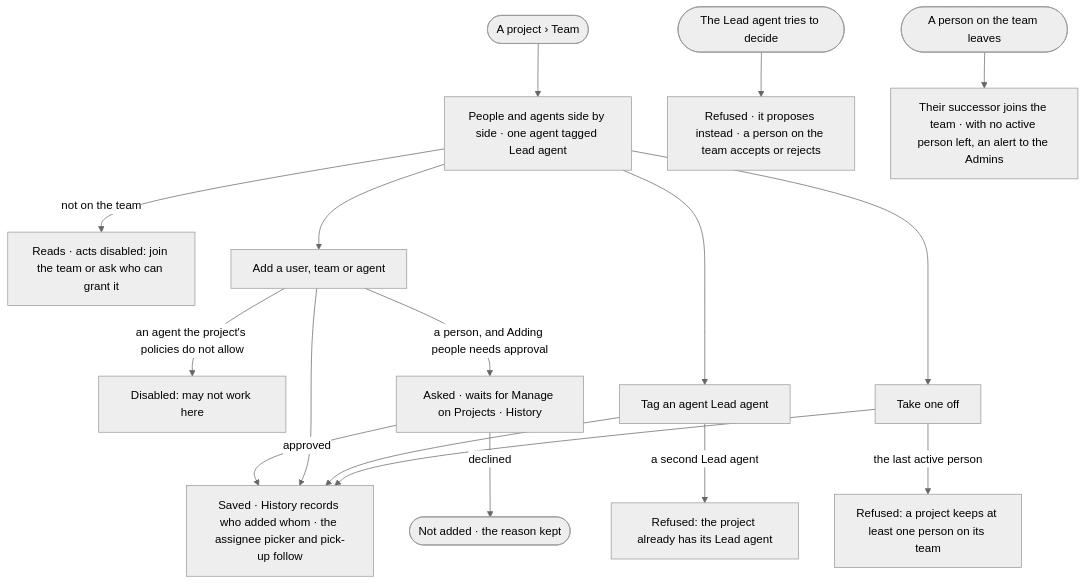
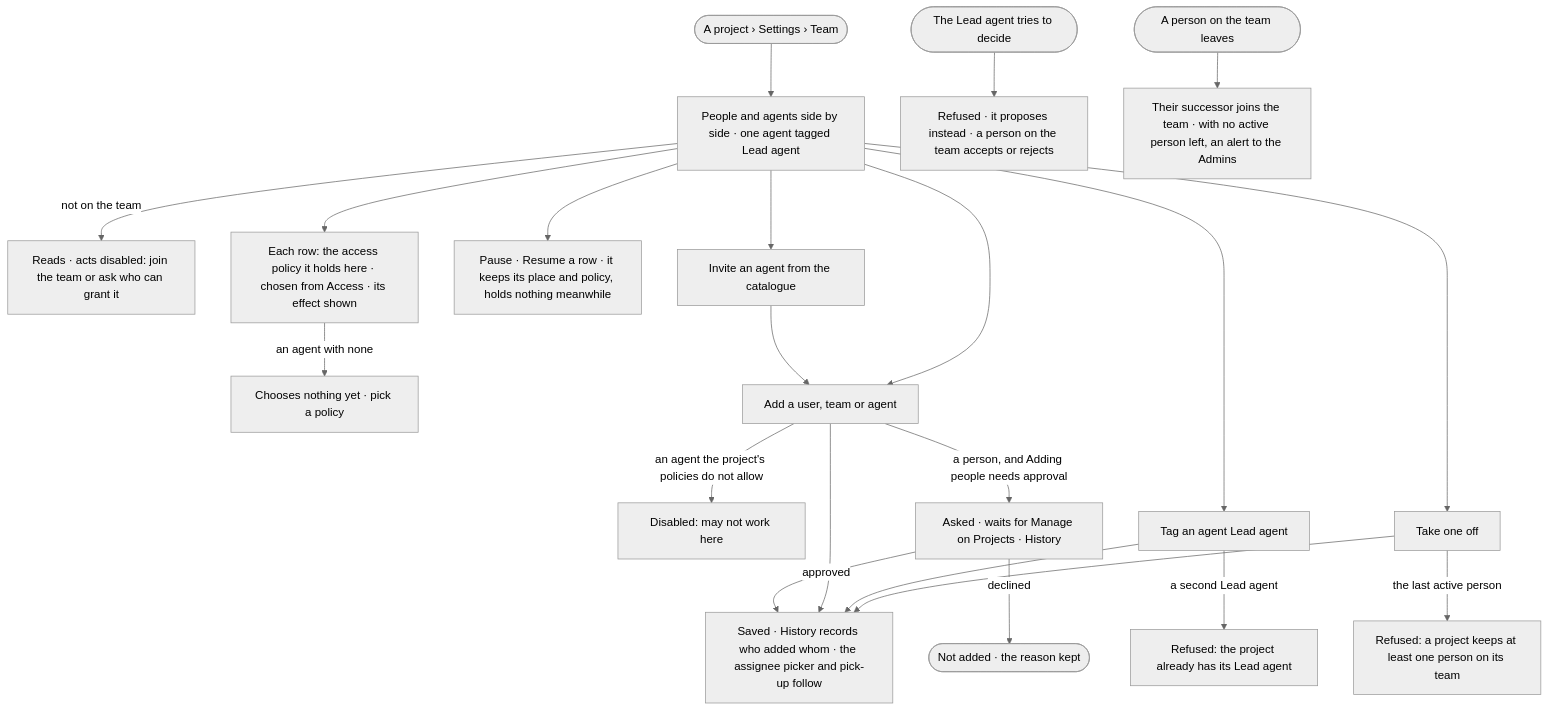
Before and after one commit to invana/invana: the diagram in specs/capabilities/projects/features/PJ-F01-projects-and-tasks/stories/PJ-22-set-the-project-team-and-its-lead-agent/story.md, drawn with Mermaid (neutral theme). The commit also changed other lines of this file and 6 other files, not shown here.

Commit message:
wip(platform-design-2): P04 · step 2 — create-project in five steps, connect mode, map-led page, inquiry tree, team access

````diff
--- a/specs/capabilities/projects/features/PJ-F01-projects-and-tasks/stories/PJ-22-set-the-project-team-and-its-lead-agent/story.md
+++ b/specs/capabilities/projects/features/PJ-F01-projects-and-tasks/stories/PJ-22-set-the-project-team-and-its-lead-agent/story.md
@@ -30,19 +30,23 @@
 ```mermaid
 flowchart TD
-  s([A project › Team]) --> p["People and agents side by side · one agent tagged Lead agent"]
+  s([A project › Settings › Team]) --> p["People and agents side by side · one agent tagged Lead agent"]
   p -->|not on the team| na["Reads · acts disabled: join the team or ask who can grant it"]
+  p --> pol["Each row: the access policy it holds here · chosen from Access · its effect shown"]
+  pol -->|an agent with none| nopol["Chooses nothing yet · pick a policy"]
+  p --> pause["Pause · Resume a row · it keeps its place and policy, holds nothing meanwhile"]
+  p --> inv["Invite an agent from the catalogue"] --> add
   p --> add["Add a user, team or agent"]
   add -->|an agent the project's policies do not allow| ng["Disabled: may not work here"]
   add -->|a person, and Adding people needs approval| apr["Asked · waits for Manage on Projects · History"]
   apr -->|approved| ok
   apr -->|declined| dec(["Not added · the reason kept"])
   add --> ok["Saved · History records who added whom · the assignee picker and pick-up follow"]
   p --> lead["Tag an agent Lead agent"]
   lead -->|a second Lead agent| two["Refused: the project already has its Lead agent"]
   lead --> ok
   p --> off["Take one off"]
   off -->|the last active person| last["Refused: a project keeps at least one person on its team"]
   off --> ok
   ag([The Lead agent tries to decide]) --> prop["Refused · it proposes instead · a person on the team accepts or rejects"]
   leave([A person on the team leaves]) --> succ["Their successor joins the team · with no active person left, an alert to the Admins"]
 ```
````
